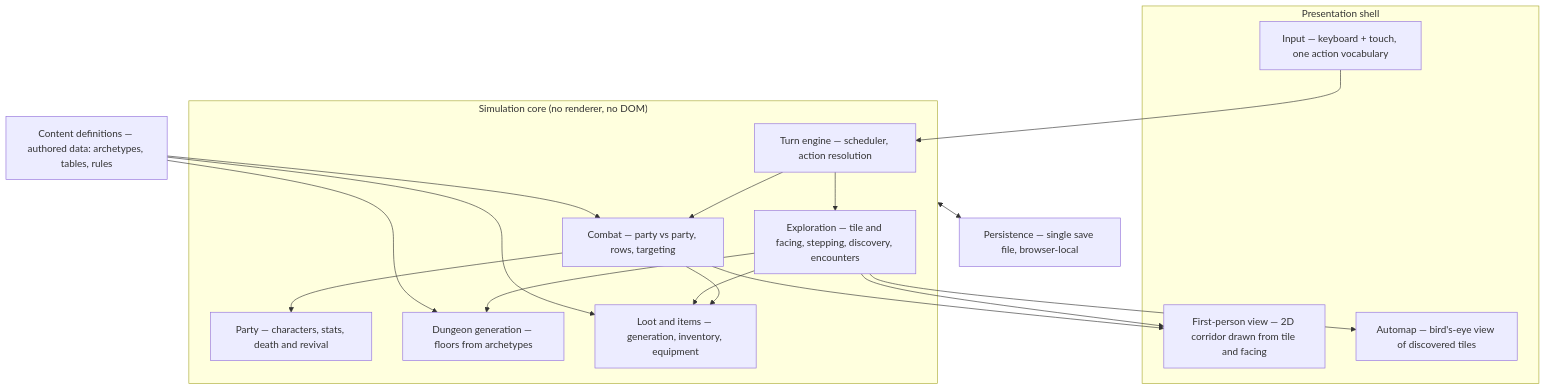
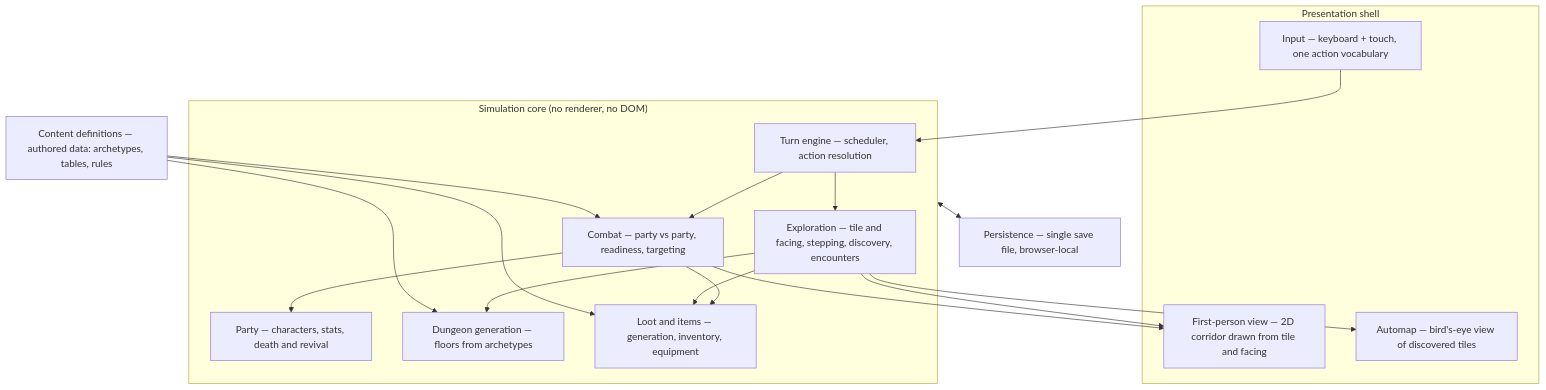
Before and after one commit to mjschleckser/deepcrawl: the diagram in docs/high-level-design.md, drawn with Mermaid. The commit also changed other lines of this file and 5 other files, not shown here.

````diff
--- a/docs/high-level-design.md
+++ b/docs/high-level-design.md
@@ -152,35 +153,35 @@
 ```mermaid
 flowchart TB
     subgraph shell["Presentation shell"]
         view["First-person view — 2D corridor drawn from tile and facing"]
         automap["Automap — bird's-eye view of discovered tiles"]
         input["Input — keyboard + touch, one action vocabulary"]
     end
 
     subgraph sim["Simulation core (no renderer, no DOM)"]
         turn["Turn engine — scheduler, action resolution"]
-        combat["Combat — party vs party, rows, targeting"]
+        combat["Combat — party vs party, readiness, targeting"]
         party["Party — characters, stats, death and revival"]
         explore["Exploration — tile and facing, stepping, discovery, encounters"]
         dungeon["Dungeon generation — floors from archetypes"]
         loot["Loot and items — generation, inventory, equipment"]
     end
 
     content["Content definitions — authored data: archetypes, tables, rules"]
     save["Persistence — single save file, browser-local"]
 
     input --> turn
     explore --> view
     explore --> automap
     combat --> view
     turn --> combat
     turn --> explore
     combat --> party
     explore --> dungeon
     combat --> loot
     explore --> loot
     content --> dungeon
     content --> combat
     content --> loot
     sim <--> save
 ```
````
